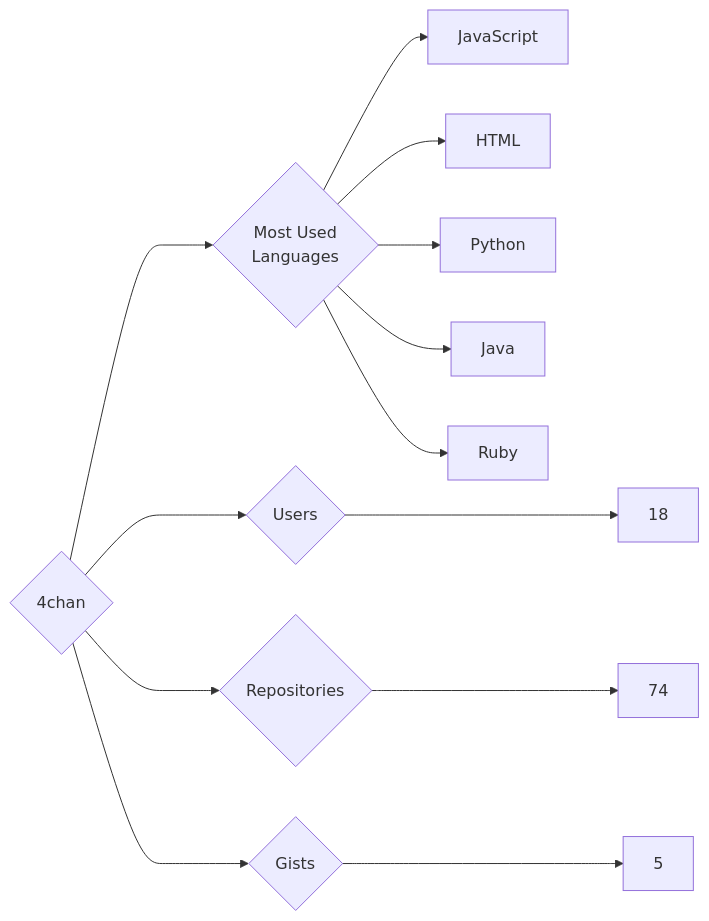
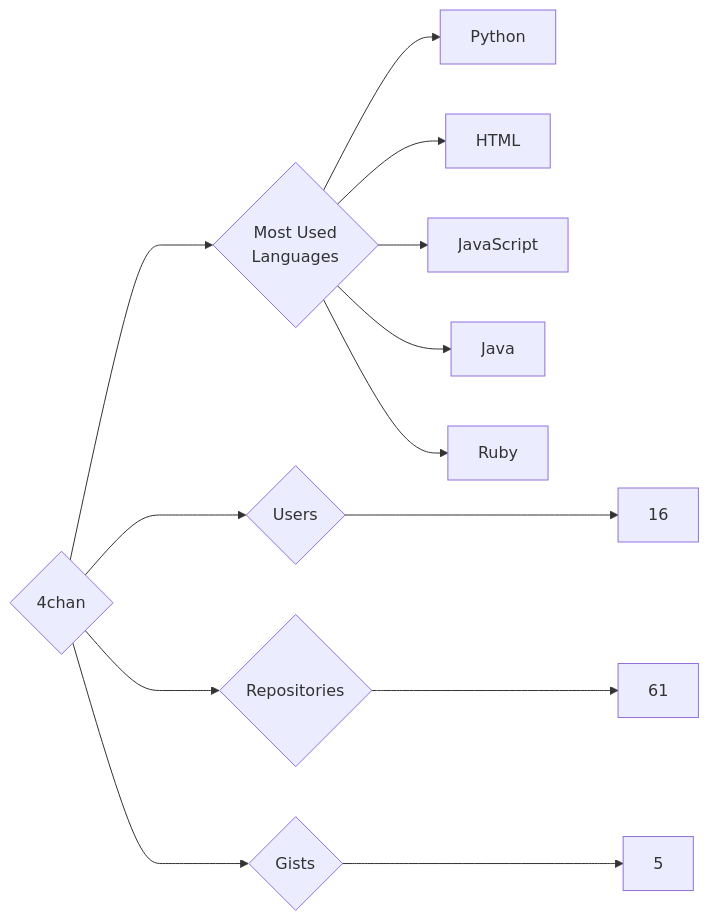
The diagram in targets/4chan/README.md (trickest/insiders), drawn with Mermaid before and after one commit. The commit also changed 676 other files, not shown here.

````diff
--- a/targets/4chan/README.md
+++ b/targets/4chan/README.md
@@ -3,13 +3,13 @@
 ```mermaid
 graph LR
 COMPANY_NAME{4chan}
-COMPANY_NAME ---> U{Users} ---> UN[18]
-COMPANY_NAME ---> R{Repositories} ---> RN[74]
+COMPANY_NAME ---> U{Users} ---> UN[16]
+COMPANY_NAME ---> R{Repositories} ---> RN[61]
 COMPANY_NAME ---> G{Gists} ---> GN[5]
 COMPANY_NAME ---> ML{Most Used<br>Languages}
+ML --> Python[Python]
+ML --> HTML[HTML]
 ML --> JavaScript[JavaScript]
-ML --> HTML[HTML]
-ML --> Python[Python]
 ML --> Java[Java]
 ML --> Ruby[Ruby]
 ```
````
